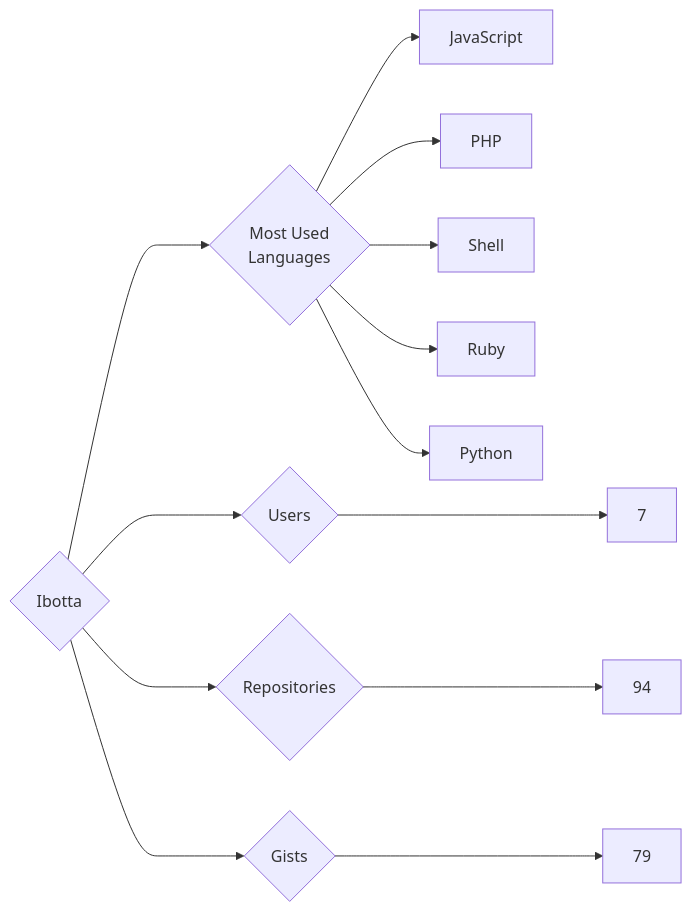
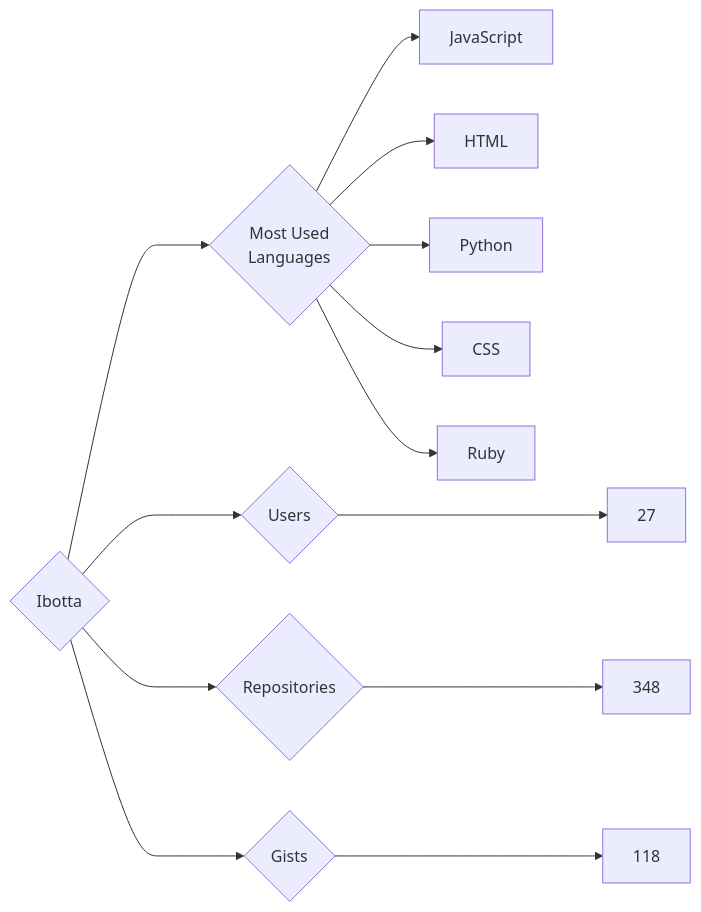
Before and after one commit to trickest/insiders: the diagram in targets/Ibotta/README.md, drawn with Mermaid. The commit also changed 610 other files, not shown here.

````diff
--- a/targets/Ibotta/README.md
+++ b/targets/Ibotta/README.md
@@ -3,13 +3,13 @@
 ```mermaid
 graph LR
 COMPANY_NAME{Ibotta}
-COMPANY_NAME ---> U{Users} ---> UN[7]
-COMPANY_NAME ---> R{Repositories} ---> RN[94]
-COMPANY_NAME ---> G{Gists} ---> GN[79]
+COMPANY_NAME ---> U{Users} ---> UN[27]
+COMPANY_NAME ---> R{Repositories} ---> RN[348]
+COMPANY_NAME ---> G{Gists} ---> GN[118]
 COMPANY_NAME ---> ML{Most Used<br>Languages}
 ML --> JavaScript[JavaScript]
-ML --> PHP[PHP]
-ML --> Shell[Shell]
+ML --> HTML[HTML]
+ML --> Python[Python]
+ML --> CSS[CSS]
 ML --> Ruby[Ruby]
-ML --> Python[Python]
 ```
````
